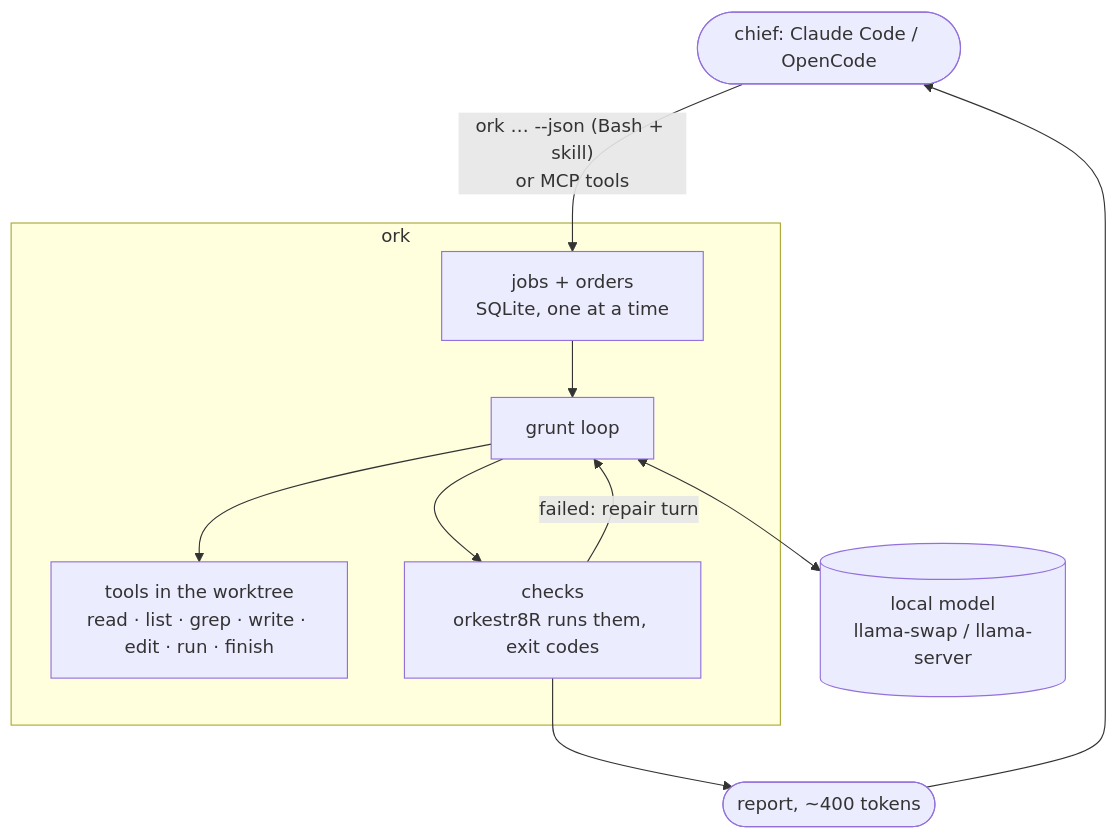
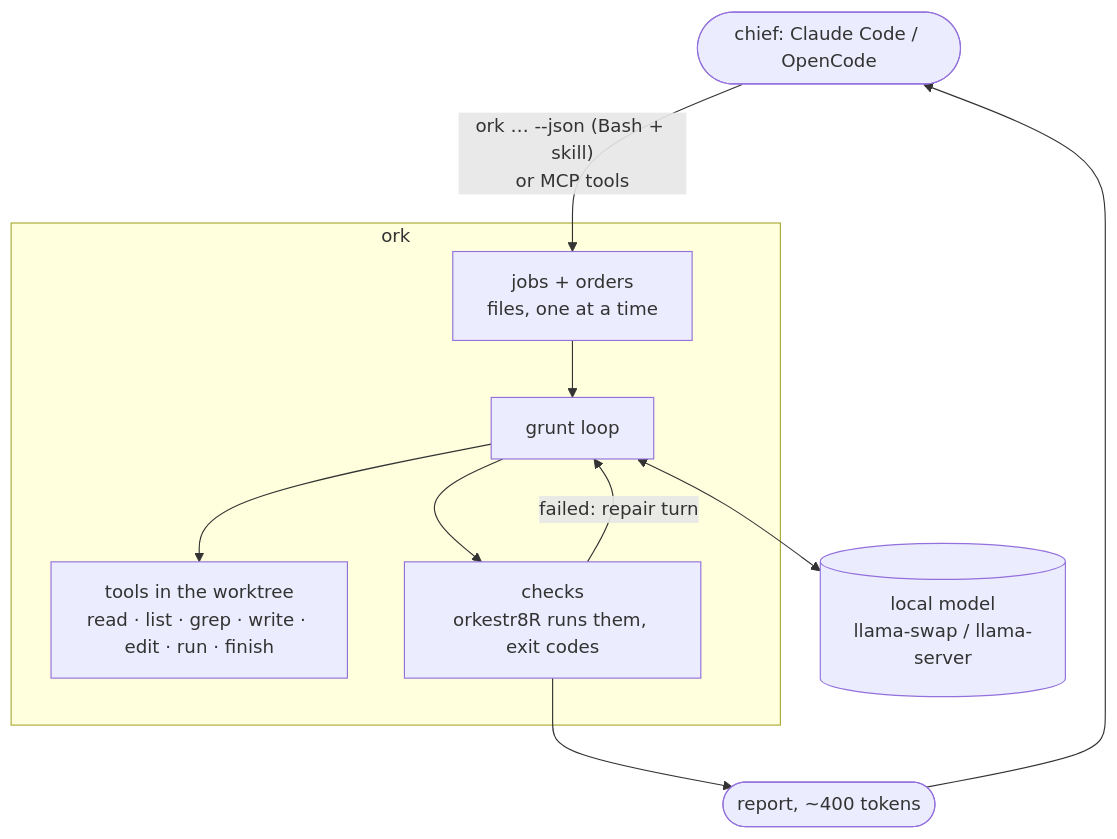
The diagram in docs/iteration-1.md (ivanwe2/orkestr8R), drawn with Mermaid before and after one commit. The commit also changed other lines of this file and 7 other files, not shown here.

````diff
--- a/docs/iteration-1.md
+++ b/docs/iteration-1.md
@@ -26,12 +26,12 @@
 ```mermaid
 flowchart TB
   chief([chief: Claude Code / OpenCode]) -- "ork … --json (Bash + skill)<br>or MCP tools" --> core
   subgraph ork [ork]
-    core[jobs + orders<br>SQLite, one at a time] --> grunt[grunt loop]
+    core[jobs + orders<br>files, one at a time] --> grunt[grunt loop]
     grunt --> tools[tools in the worktree<br>read · list · grep · write · edit · run · finish]
     grunt --> checks[checks<br>orkestr8R runs them, exit codes]
     checks -- failed: repair turn --> grunt
   end
   grunt <--> model[(local model<br>llama-swap / llama-server)]
   checks --> report([report, ~400 tokens]) --> chief
 ```
````
